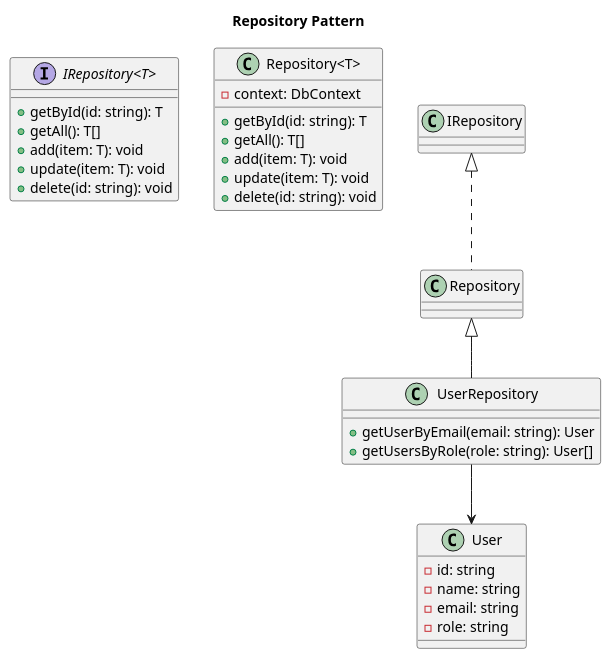
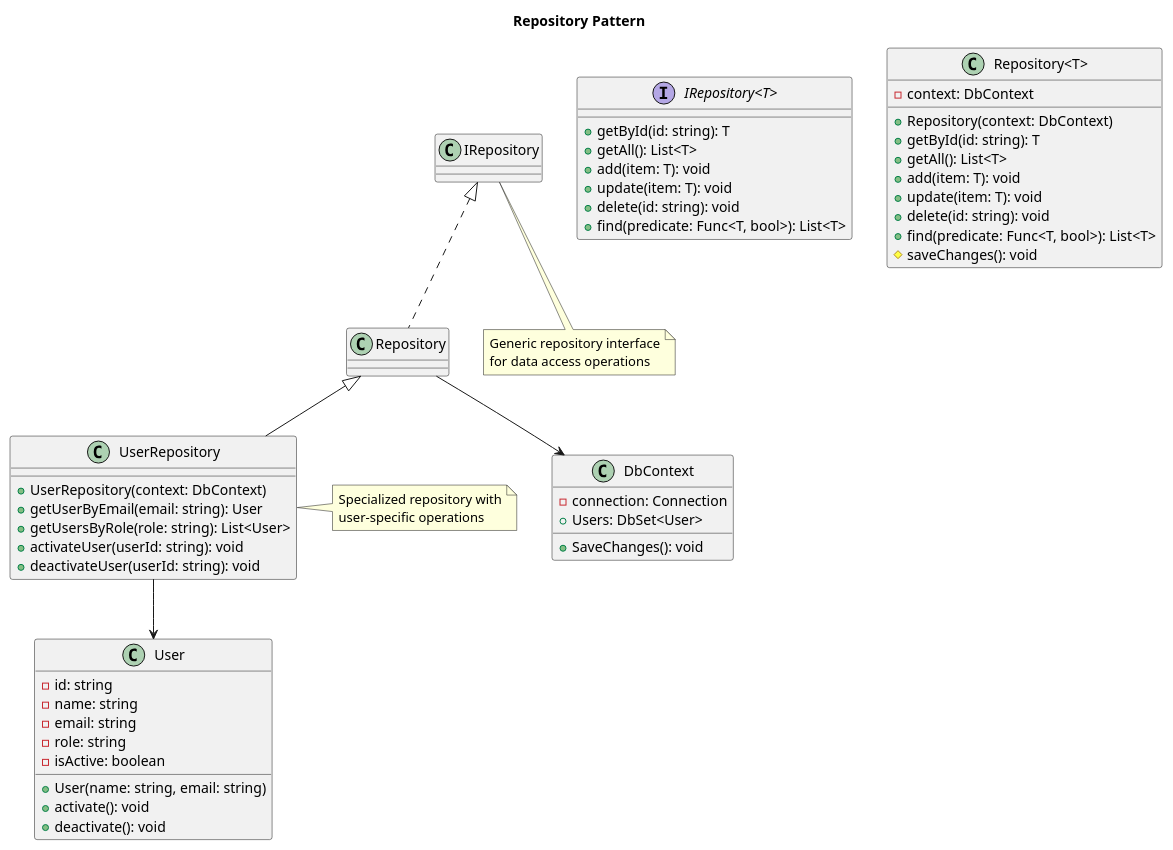
One commit to SaeedNMosleh/modelmind changed the diagram in lib/knowledge/templates/class/repository-pattern.puml. Above: the diagram before and after it, drawn with PlantUML. The commit also changed 15 other files, not shown here.

```diff
--- a/lib/knowledge/templates/class/repository-pattern.puml
+++ b/lib/knowledge/templates/class/repository-pattern.puml
@@ -1,37 +1,68 @@
 @startuml Repository Pattern
+' Description: A template showing the Repository design pattern implementation
+' Tags: repository, design pattern, data access
+
 title Repository Pattern
 
 interface "IRepository<T>" {
   +getById(id: string): T
-  +getAll(): T[]
+  +getAll(): List<T>
   +add(item: T): void
   +update(item: T): void
   +delete(id: string): void
+  +find(predicate: Func<T, bool>): List<T>
 }
 
 class "Repository<T>" {
   -context: DbContext
+  +Repository(context: DbContext)
   +getById(id: string): T
-  +getAll(): T[]
+  +getAll(): List<T>
   +add(item: T): void
   +update(item: T): void
   +delete(id: string): void
+  +find(predicate: Func<T, bool>): List<T>
+  #saveChanges(): void
 }
 
 class "UserRepository" {
+  +UserRepository(context: DbContext)
   +getUserByEmail(email: string): User
-  +getUsersByRole(role: string): User[]
+  +getUsersByRole(role: string): List<User>
+  +activateUser(userId: string): void
+  +deactivateUser(userId: string): void
 }
 
 class "User" {
   -id: string
   -name: string
   -email: string
   -role: string
+  -isActive: boolean
+  +User(name: string, email: string)
+  +activate(): void
+  +deactivate(): void
+}
+
+class "DbContext" {
+  -connection: Connection
+  +Users: DbSet<User>
+  +SaveChanges(): void
 }
 
 IRepository <|.. Repository
 Repository <|-- UserRepository
 UserRepository --> User
+Repository --> DbContext
+
+note bottom of IRepository
+  Generic repository interface
+  for data access operations
+end note
+
+note right of UserRepository
+  Specialized repository with
+  user-specific operations
+end note
 
 @enduml
```
